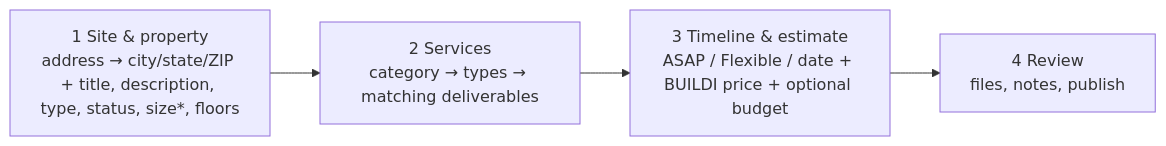
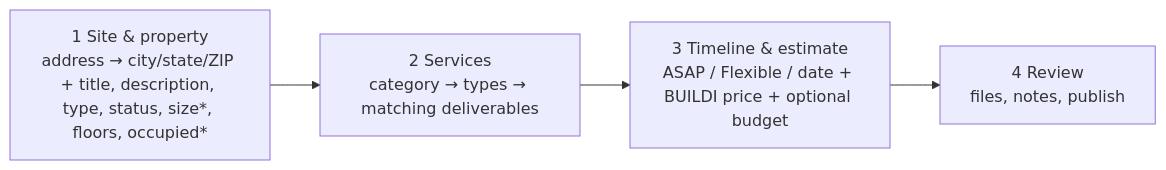
One commit to nilvbs/virtualbuildingstudio-build-monorepo changed the eighth of 9 diagrams in docs/BUSINESS_LOGIC.md. Above: the diagram before and after it, drawn with Mermaid. The commit also changed other lines of this file and 24 other files, not shown here.

````diff
--- a/docs/BUSINESS_LOGIC.md
+++ b/docs/BUSINESS_LOGIC.md
@@ -182,6 +182,6 @@
 ```mermaid
 flowchart LR
-  L["1 Site & property<br/>address → city/state/ZIP + title, description, type, status, size*, floors"] --> S["2 Services<br/>category → types → matching deliverables"]
+  L["1 Site & property<br/>address → city/state/ZIP + title, description, type, status, size*, floors, occupied*"] --> S["2 Services<br/>category → types → matching deliverables"]
   S --> B["3 Timeline & estimate<br/>ASAP / Flexible / date + BUILDI price + optional budget"]
   B --> R["4 Review<br/>files, notes, publish"]
 ```
````
